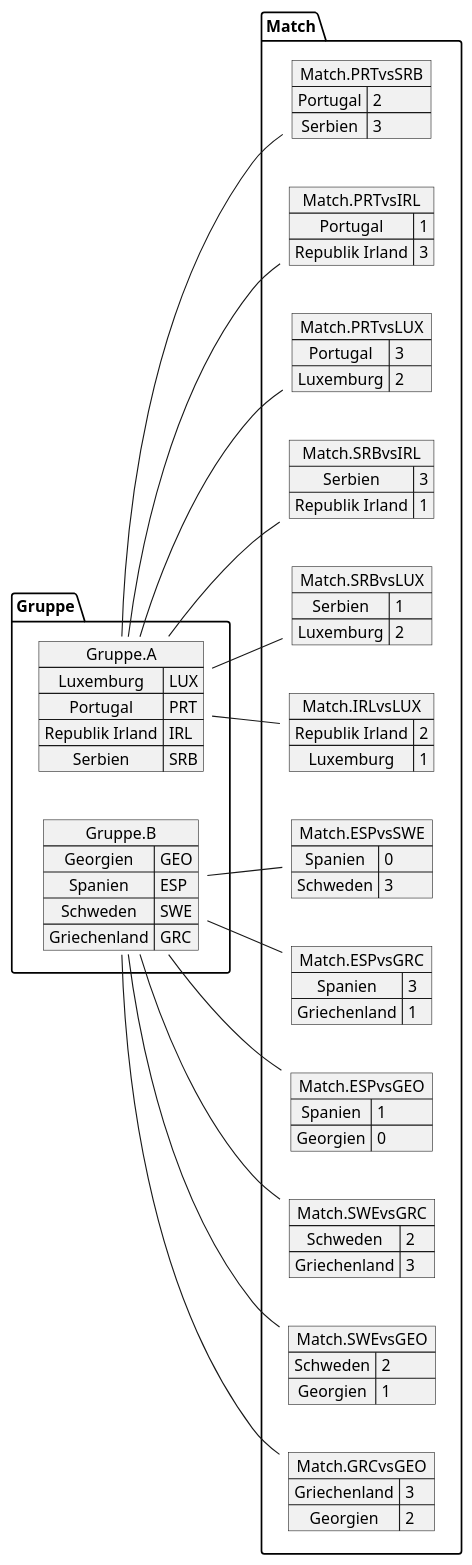
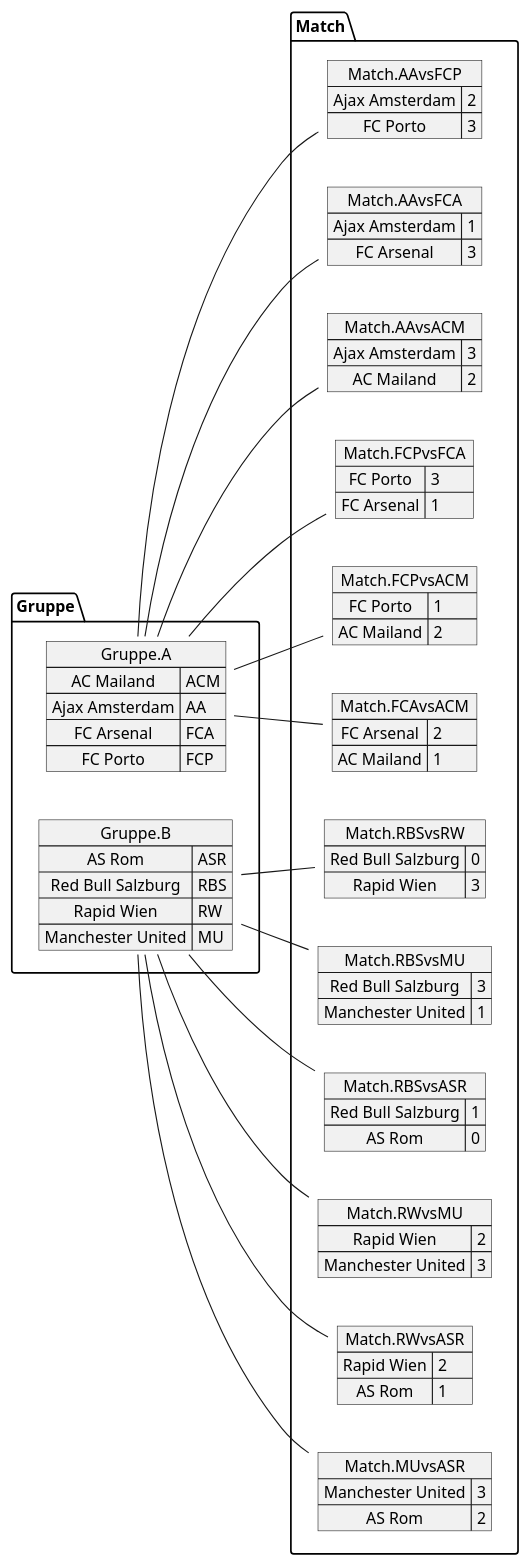
One commit to htl-leonding-project/2022-4ahif-autohaus changed the diagram in asciidocs/plantuml/ResultGP.puml. Above: the diagram before and after it, drawn with PlantUML. The commit also changed 5 other files, not shown here.

```diff
--- a/asciidocs/plantuml/ResultGP.puml
+++ b/asciidocs/plantuml/ResultGP.puml
@@ -1,88 +1,88 @@
-@startuml TestGPTournament.png
+@startuml TestGPTournament2.png
 left to right direction
 
 map Gruppe.A {
-Luxemburg=>LUX
-Portugal=>PRT
-Republik Irland=>IRL
-Serbien=>SRB
+AC Mailand=>ACM
+Ajax Amsterdam=>AA
+FC Arsenal=>FCA
+FC Porto=>FCP
 }
 
 map Gruppe.B {
-Georgien=>GEO
-Spanien=>ESP
-Schweden=>SWE
-Griechenland=>GRC
+AS Rom=>ASR
+Red Bull Salzburg=>RBS
+Rapid Wien=>RW
+Manchester United=>MU
 }
-map Match.PRTvsSRB {
-Portugal => 2
-Serbien => 3
+map Match.AAvsFCP {
+Ajax Amsterdam => 2
+FC Porto => 3
 }
 
-map Match.PRTvsIRL {
-Portugal => 1
-Republik Irland => 3
+map Match.AAvsFCA {
+Ajax Amsterdam => 1
+FC Arsenal => 3
 }
 
-map Match.PRTvsLUX {
-Portugal => 3
-Luxemburg => 2
+map Match.AAvsACM {
+Ajax Amsterdam => 3
+AC Mailand => 2
 }
 
-map Match.SRBvsIRL {
-Serbien => 3
-Republik Irland => 1
+map Match.FCPvsFCA {
+FC Porto => 3
+FC Arsenal => 1
 }
 
-map Match.SRBvsLUX {
-Serbien => 1
-Luxemburg => 2
+map Match.FCPvsACM {
+FC Porto => 1
+AC Mailand => 2
 }
 
-map Match.IRLvsLUX {
-Republik Irland => 2
-Luxemburg => 1
+map Match.FCAvsACM {
+FC Arsenal => 2
+AC Mailand => 1
 }
-map Match.ESPvsSWE {
-Spanien => 0
-Schweden => 3
+map Match.RBSvsRW {
+Red Bull Salzburg => 0
+Rapid Wien => 3
 }
 
-map Match.ESPvsGRC {
-Spanien => 3
-Griechenland => 1
+map Match.RBSvsMU {
+Red Bull Salzburg => 3
+Manchester United => 1
 }
 
-map Match.ESPvsGEO {
-Spanien => 1
-Georgien => 0
+map Match.RBSvsASR {
+Red Bull Salzburg => 1
+AS Rom => 0
 }
 
-map Match.SWEvsGRC {
-Schweden => 2
-Griechenland => 3
+map Match.RWvsMU {
+Rapid Wien => 2
+Manchester United => 3
 }
 
-map Match.SWEvsGEO {
-Schweden => 2
-Georgien => 1
+map Match.RWvsASR {
+Rapid Wien => 2
+AS Rom => 1
 }
 
-map Match.GRCvsGEO {
-Griechenland => 3
-Georgien => 2
+map Match.MUvsASR {
+Manchester United => 3
+AS Rom => 2
 }
-Gruppe.A -- Match.PRTvsSRB
-Gruppe.A -- Match.PRTvsIRL
-Gruppe.A -- Match.PRTvsLUX
-Gruppe.A -- Match.SRBvsIRL
-Gruppe.A -- Match.SRBvsLUX
-Gruppe.A -- Match.IRLvsLUX
-Gruppe.B -- Match.ESPvsSWE
-Gruppe.B -- Match.ESPvsGRC
-Gruppe.B -- Match.ESPvsGEO
-Gruppe.B -- Match.SWEvsGRC
-Gruppe.B -- Match.SWEvsGEO
-Gruppe.B -- Match.GRCvsGEO
+Gruppe.A -- Match.AAvsFCP
+Gruppe.A -- Match.AAvsFCA
+Gruppe.A -- Match.AAvsACM
+Gruppe.A -- Match.FCPvsFCA
+Gruppe.A -- Match.FCPvsACM
+Gruppe.A -- Match.FCAvsACM
+Gruppe.B -- Match.RBSvsRW
+Gruppe.B -- Match.RBSvsMU
+Gruppe.B -- Match.RBSvsASR
+Gruppe.B -- Match.RWvsMU
+Gruppe.B -- Match.RWvsASR
+Gruppe.B -- Match.MUvsASR
 
 @enduml
```
